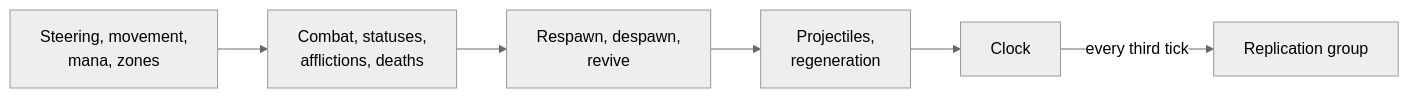
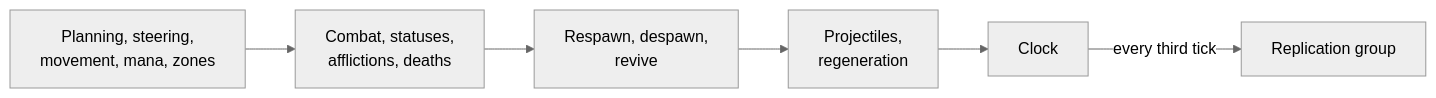
The diagram in docs/content/example.mdx (JasonXuDeveloper/EasyEcs), drawn with Mermaid (neutral theme) before and after one commit. The commit also changed other lines of this file and 64 other files, not shown here.

````diff
--- a/docs/content/example.mdx
+++ b/docs/content/example.mdx
@@ -32,8 +35,8 @@
 ```mermaid
 flowchart LR
-    M["Steering, movement,<br/>mana, zones"] --> F["Combat, statuses,<br/>afflictions, deaths"]
+    M["Planning, steering,<br/>movement, mana, zones"] --> F["Combat, statuses,<br/>afflictions, deaths"]
     F --> R["Respawn, despawn,<br/>revive"]
     R --> P["Projectiles,<br/>regeneration"]
     P --> C[Clock]
     C -->|every third tick| Rep["Replication group"]
 ```
````
